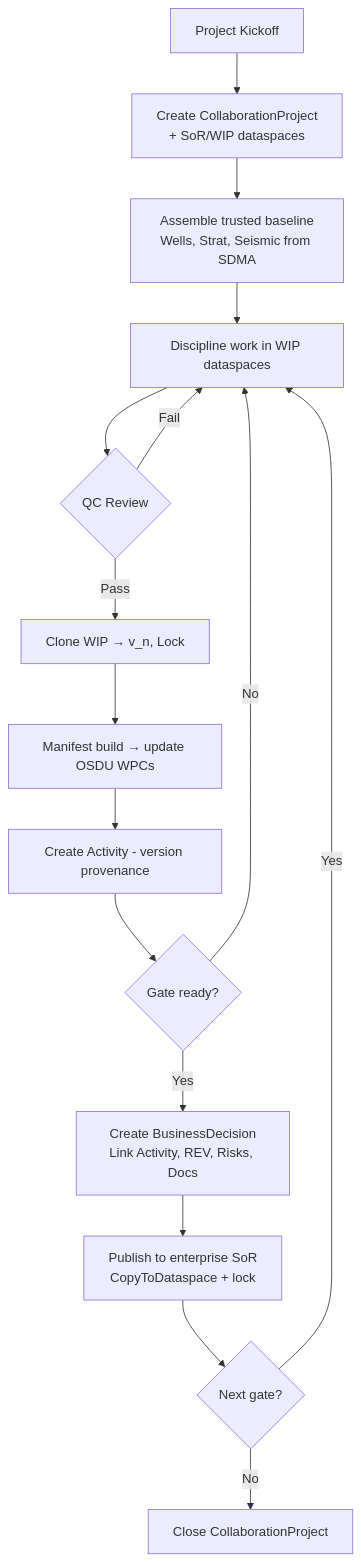
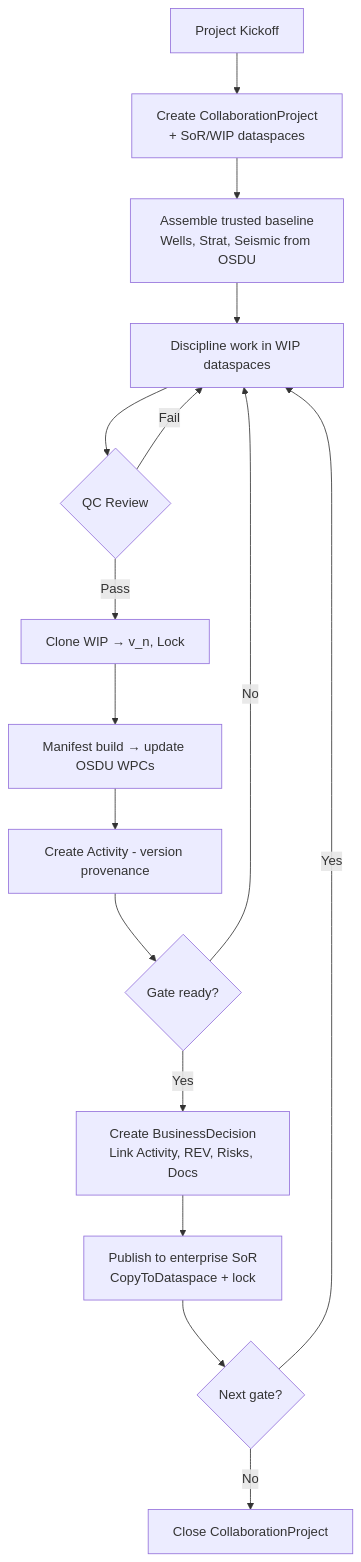
One commit to equinor/ores changed the third of 3 diagrams in md/Strategy.md. Above: the diagram before and after it, drawn with Mermaid. The commit also changed other lines of this file, not shown here.

````diff
--- a/md/Strategy.md
+++ b/md/Strategy.md
@@ -395,18 +395,18 @@
 ```mermaid
 flowchart TD
   START[Project Kickoff] --> CREATE_CP[Create CollaborationProject<br/>+ SoR/WIP dataspaces]
-  CREATE_CP --> BASELINE[Assemble trusted baseline<br/>Wells, Strat, Seismic from SDMA]
+  CREATE_CP --> BASELINE[Assemble trusted baseline<br/>Wells, Strat, Seismic from OSDU]
   BASELINE --> WORK[Discipline work in WIP dataspaces]
   WORK --> QC{QC Review}
   QC -->|Pass| SNAPSHOT[Clone WIP → v_n, Lock]
   QC -->|Fail| WORK
   SNAPSHOT --> CATALOG[Manifest build → update OSDU WPCs]
   CATALOG --> ACTIVITY[Create Activity - version provenance]
   ACTIVITY --> READY{Gate ready?}
   READY -->|No| WORK
   READY -->|Yes| BD[Create BusinessDecision<br/>Link Activity, REV, Risks, Docs]
   BD --> PUBLISH[Publish to enterprise SoR<br/>CopyToDataspace + lock]
   PUBLISH --> NEXT{Next gate?}
   NEXT -->|Yes| WORK
   NEXT -->|No| CLOSE[Close CollaborationProject]
 ```
````
